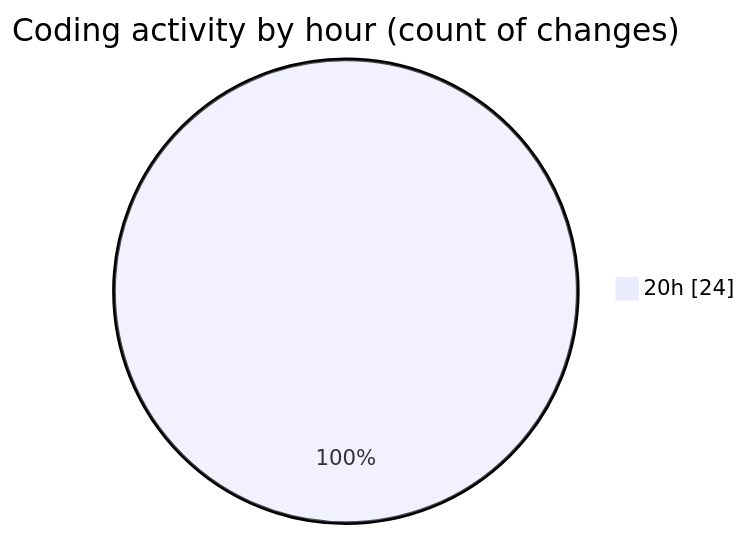
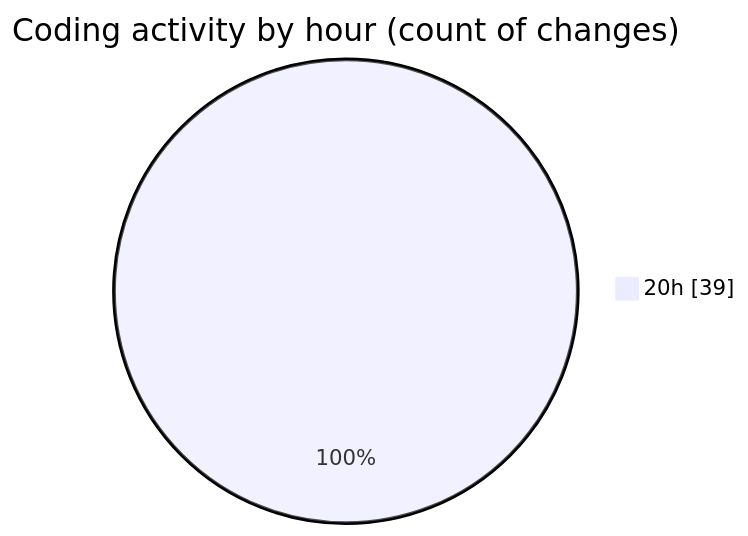
The second of 2 diagrams in 2025-05-08/date/README.md (Netris89/code-tracking), drawn with Mermaid before and after one commit. The commit also changed other lines of this file and 1 other file, not shown here.

````diff
--- a/2025-05-08/date/README.md
+++ b/2025-05-08/date/README.md
@@ -31,5 +32,5 @@
 ```mermaid
 pie showData
 title Coding activity by hour (count of changes)
-"20h" : 24
+"20h" : 39
 ```
````
